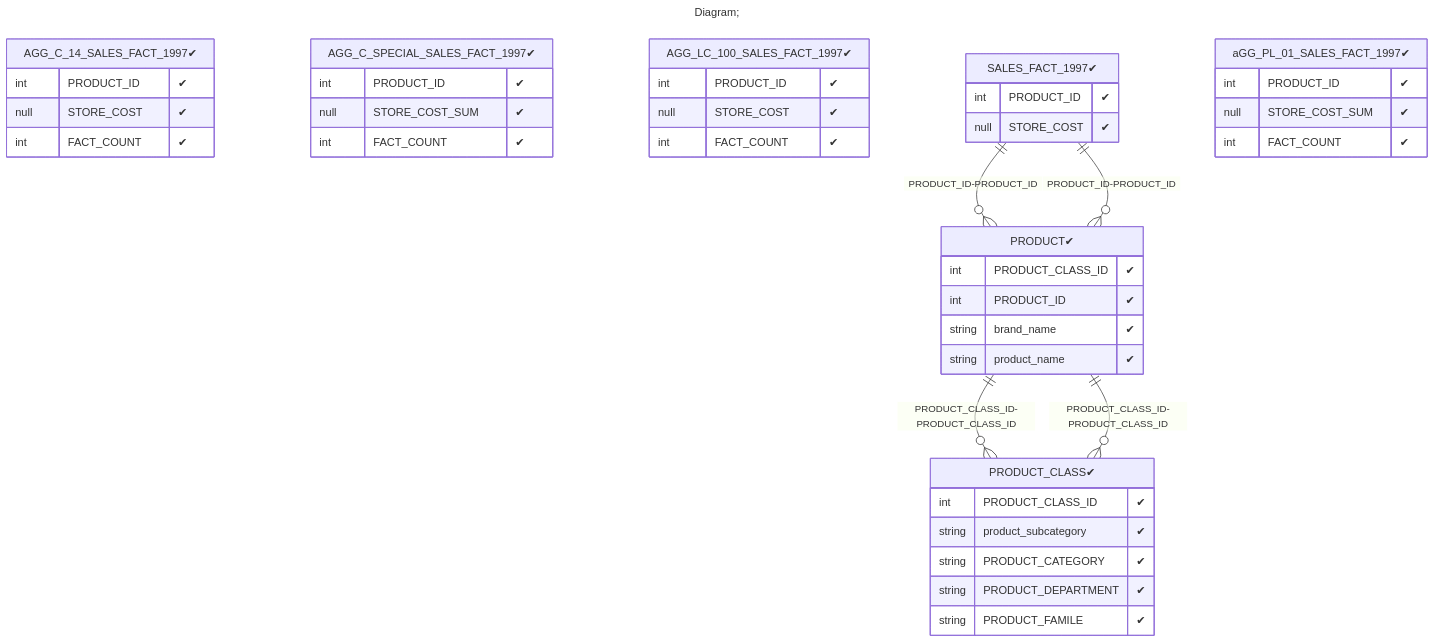
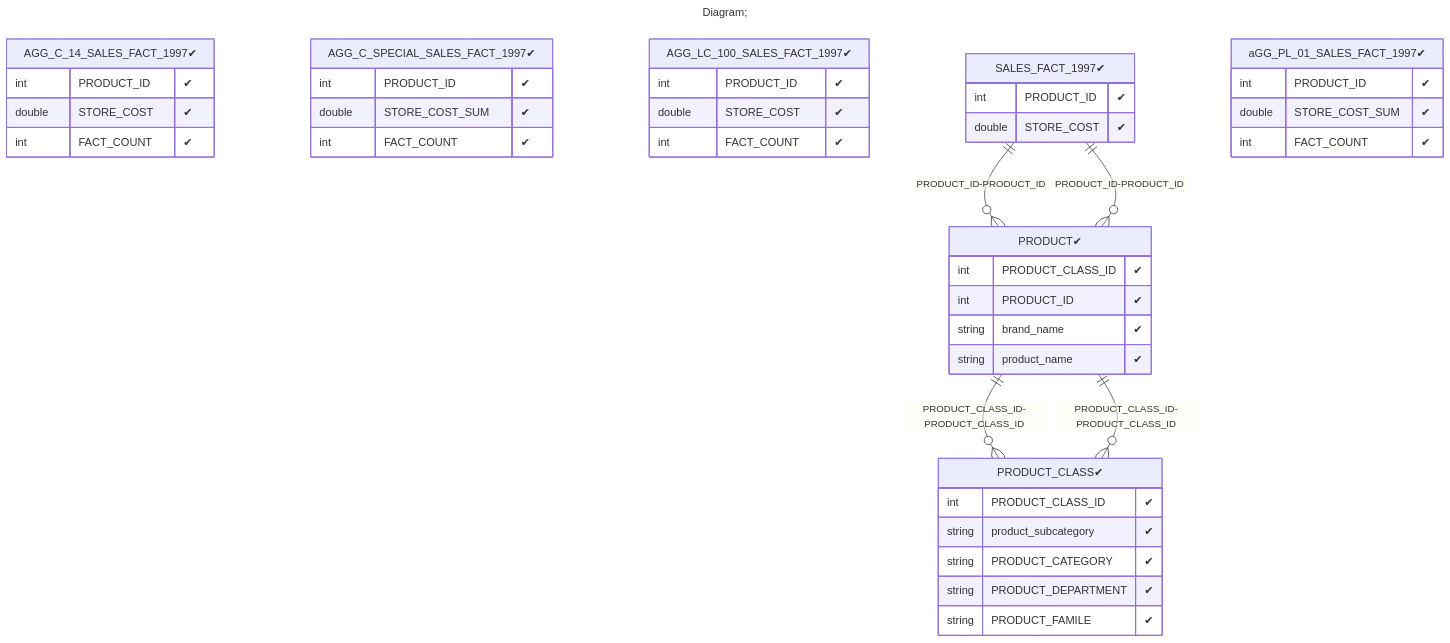
The fourth of 4 diagrams in demo/server/catalogs/tutorial_28_Cube_with_Aggregate_tables/README.MD (xmla-services/workground), drawn with Mermaid before and after one commit. The commit also changed 31 other files, not shown here.

````diff
--- a/demo/server/catalogs/tutorial_28_Cube_with_Aggregate_tables/README.MD
+++ b/demo/server/catalogs/tutorial_28_Cube_with_Aggregate_tables/README.MD
@@ -133,48 +133,48 @@
 ```mermaid
 ---
 title: Diagram;
 ---
 erDiagram
 "AGG_C_14_SALES_FACT_1997✔"{
 int PRODUCT_ID "✔"
-null STORE_COST "✔"
+double STORE_COST "✔"
 int FACT_COUNT "✔"
 }
 "AGG_C_SPECIAL_SALES_FACT_1997✔"{
 int PRODUCT_ID "✔"
-null STORE_COST_SUM "✔"
+double STORE_COST_SUM "✔"
 int FACT_COUNT "✔"
 }
 "AGG_LC_100_SALES_FACT_1997✔"{
 int PRODUCT_ID "✔"
-null STORE_COST "✔"
+double STORE_COST "✔"
 int FACT_COUNT "✔"
 }
 "PRODUCT✔"{
 int PRODUCT_CLASS_ID "✔"
 int PRODUCT_ID "✔"
 string brand_name "✔"
 string product_name "✔"
 }
 "PRODUCT_CLASS✔"{
 int PRODUCT_CLASS_ID "✔"
 string product_subcategory "✔"
 string PRODUCT_CATEGORY "✔"
 string PRODUCT_DEPARTMENT "✔"
 string PRODUCT_FAMILE "✔"
 }
 "SALES_FACT_1997✔"{
 int PRODUCT_ID "✔"
-null STORE_COST "✔"
+double STORE_COST "✔"
 }
 "aGG_PL_01_SALES_FACT_1997✔"{
 int PRODUCT_ID "✔"
-null STORE_COST_SUM "✔"
+double STORE_COST_SUM "✔"
 int FACT_COUNT "✔"
 }
 
 "SALES_FACT_1997✔" ||--o{ "PRODUCT✔" : "PRODUCT_ID-PRODUCT_ID"
 "PRODUCT✔" ||--o{ "PRODUCT_CLASS✔" : "PRODUCT_CLASS_ID-PRODUCT_CLASS_ID"
 "SALES_FACT_1997✔" ||--o{ "PRODUCT✔" : "PRODUCT_ID-PRODUCT_ID"
 "PRODUCT✔" ||--o{ "PRODUCT_CLASS✔" : "PRODUCT_CLASS_ID-PRODUCT_CLASS_ID"
 ```
````
